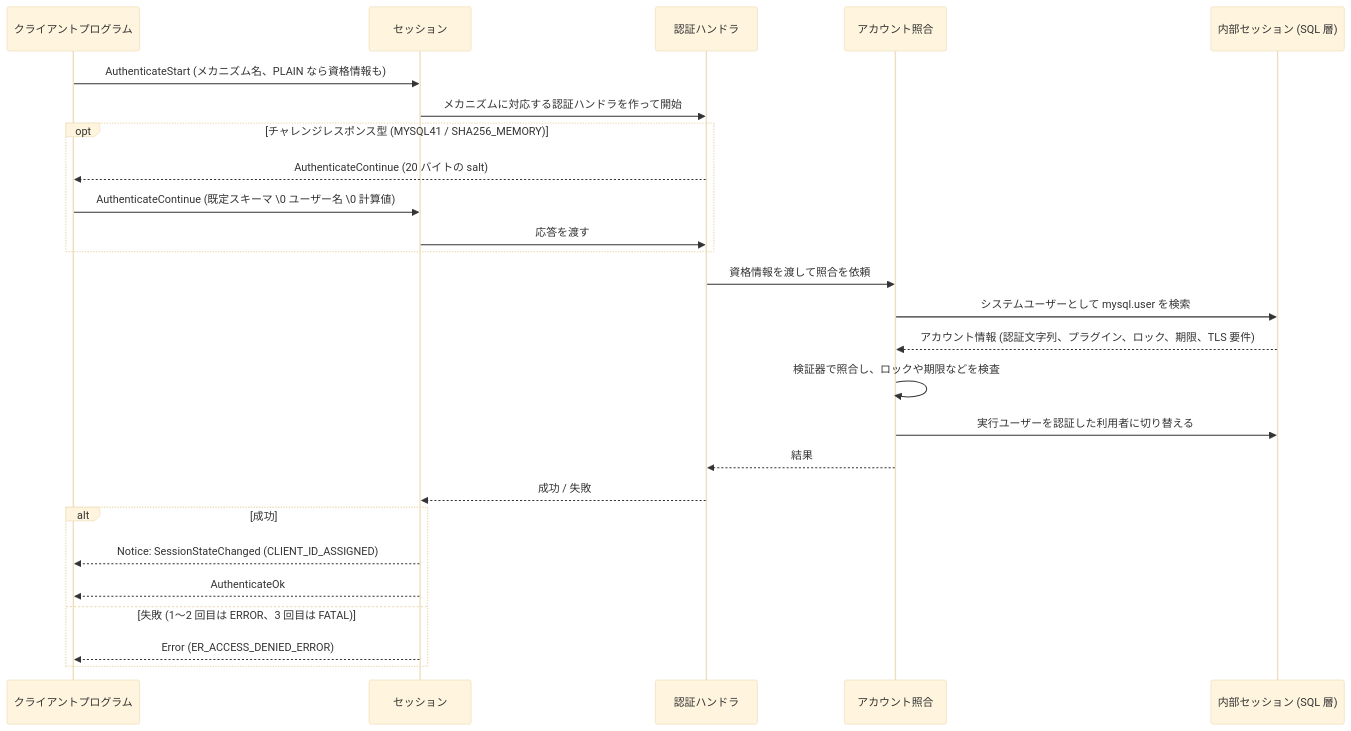
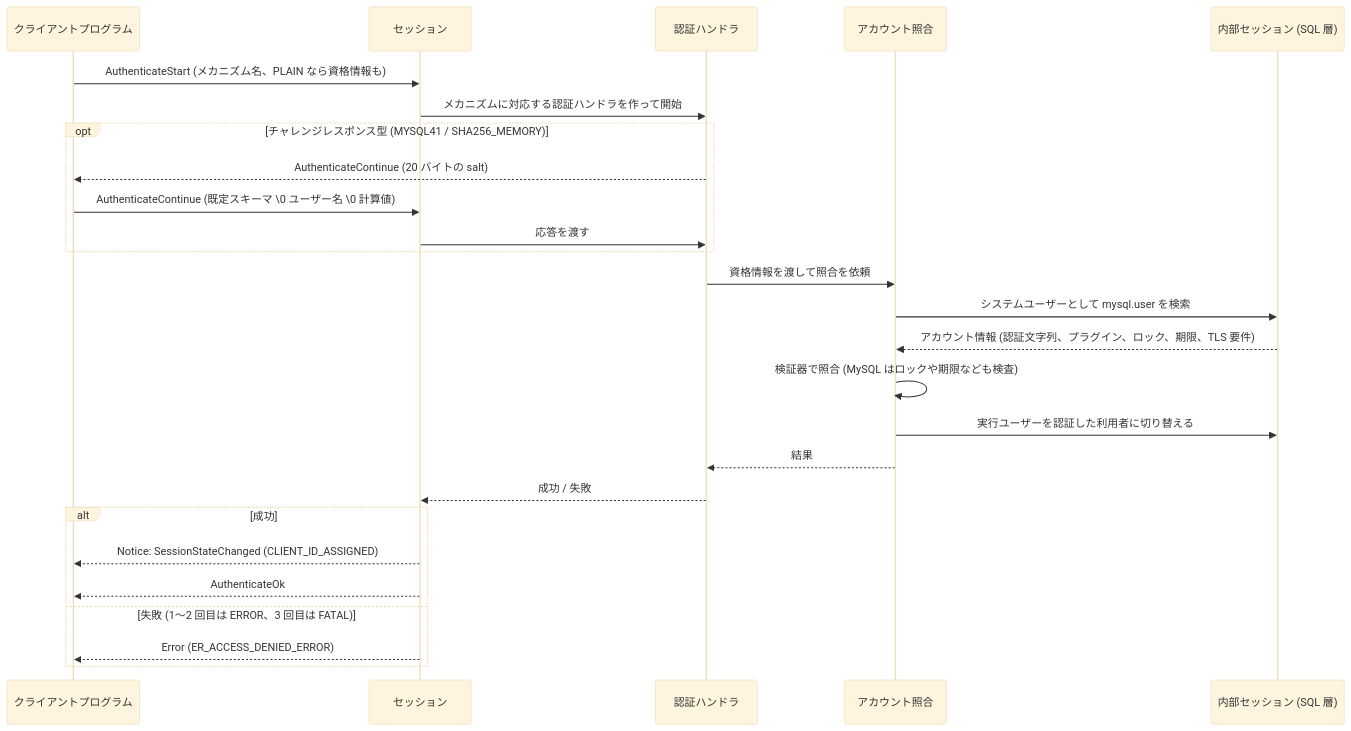
One commit to ren-yamanashi/minesql changed the second of 2 diagrams in docs/specification/connection/authentication.md. Above: the diagram before and after it, drawn with Mermaid (base theme). The commit also changed other lines of this file and 3 other files, not shown here.

````diff
--- a/docs/specification/connection/authentication.md
+++ b/docs/specification/connection/authentication.md
@@ -53,28 +79,28 @@
 ```mermaid
 sequenceDiagram
     participant C as クライアントプログラム
     participant S as セッション
     participant A as 認証ハンドラ
     participant V as アカウント照合
     participant I as 内部セッション (SQL 層)
     C->>S: AuthenticateStart (メカニズム名、PLAIN なら資格情報も)
     S->>A: メカニズムに対応する認証ハンドラを作って開始
     opt チャレンジレスポンス型 (MYSQL41 / SHA256_MEMORY)
         A-->>C: AuthenticateContinue (20 バイトの salt)
         C->>S: AuthenticateContinue (既定スキーマ \0 ユーザー名 \0 計算値)
         S->>A: 応答を渡す
     end
     A->>V: 資格情報を渡して照合を依頼
     V->>I: システムユーザーとして mysql.user を検索
     I-->>V: アカウント情報 (認証文字列、プラグイン、ロック、期限、TLS 要件)
-    V->>V: 検証器で照合し、ロックや期限などを検査
+    V->>V: 検証器で照合 (MySQL はロックや期限なども検査)
     V->>I: 実行ユーザーを認証した利用者に切り替える
     V-->>A: 結果
     A-->>S: 成功 / 失敗
     alt 成功
         S-->>C: Notice: SessionStateChanged (CLIENT_ID_ASSIGNED)
         S-->>C: AuthenticateOk
     else 失敗 (1〜2 回目は ERROR、3 回目は FATAL)
         S-->>C: Error (ER_ACCESS_DENIED_ERROR)
     end
 ```
````
